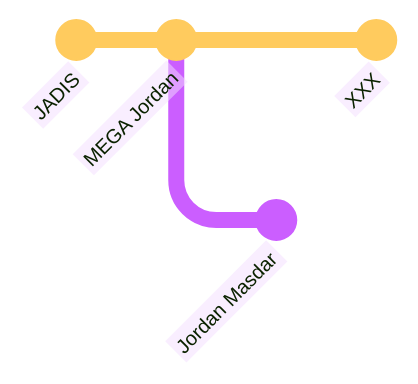
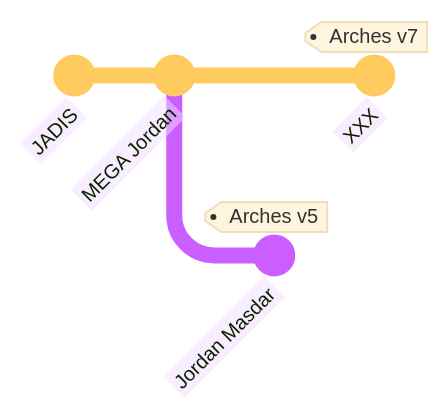
The first of 2 diagrams in dev/README.md (eamena-project/eamena-arches-dev), drawn with Mermaid before and after one commit.

Commit message:
work with mermaid Gitgraph

````diff
--- a/dev/README.md
+++ b/dev/README.md
@@ -5,10 +5,10 @@
 ```mermaid
 %%{init: { 'logLevel': 'debug', 'theme': 'base', 'gitGraph': {'showBranches': false}} }%%
 gitGraph
        commit id: "JADIS"
        commit id: "MEGA Jordan"
        branch "Arches v5"
-       commit id: "Jordan Masdar"
+       commit id: "Jordan Masdar" tag: "Arches v5"
        checkout main
-       commit id: "XXX"
+       commit id: "XXX" tag: "Arches v7"
 ```
````
